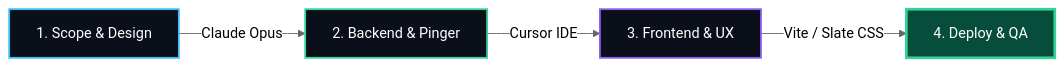
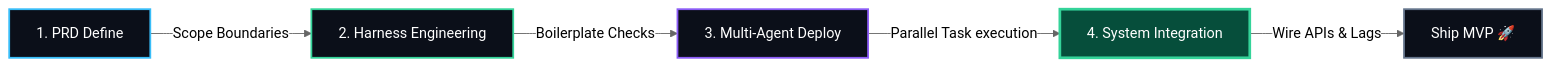
One commit to Nishchalpr4/UpTime-Moniter changed the third of 4 diagrams in README.md. Above: the diagram before and after it, drawn with Mermaid (neutral theme). The commit also changed other lines of this file, not shown here.

Commit message:
docs: update README with Agentic Lifecycle methodology and stages

````diff
--- a/README.md
+++ b/README.md
@@ -107,11 +109,13 @@
 ```mermaid
 graph LR
-    Plan[1. Scope & Design] -->|Claude Opus| Dev[2. Backend & Pinger]
-    Dev -->|Cursor IDE| UI[3. Frontend & UX]
-    UI -->|Vite / Slate CSS| Ship[4. Deploy & QA]
+    PRD[1. PRD Define] -->|Scope Boundaries| Harness[2. Harness Engineering]
+    Harness -->|Boilerplate Checks| Deploy[3. Multi-Agent Deploy]
+    Deploy -->|Parallel Task execution| Integrate[4. System Integration]
+    Integrate -->|Wire APIs & Lags| Ship[Ship MVP 🚀]
 
-    style Plan fill:#0b0f19,stroke:#38bdf8,stroke-width:2px,color:#fff
-    style Dev fill:#0b0f19,stroke:#34d399,stroke-width:2px,color:#fff
-    style UI fill:#0b0f19,stroke:#8b5cf6,stroke-width:2px,color:#fff
-    style Ship fill:#064e3b,stroke:#34d399,stroke-width:3px,color:#fff
+    style PRD fill:#0b0f19,stroke:#38bdf8,stroke-width:2px,color:#fff
+    style Harness fill:#0b0f19,stroke:#34d399,stroke-width:2px,color:#fff
+    style Deploy fill:#0b0f19,stroke:#8b5cf6,stroke-width:2px,color:#fff
+    style Integrate fill:#064e3b,stroke:#34d399,stroke-width:3px,color:#fff
+    style Ship fill:#0b0f19,stroke:#64748b,stroke-width:2px,color:#fff
 ```
````
